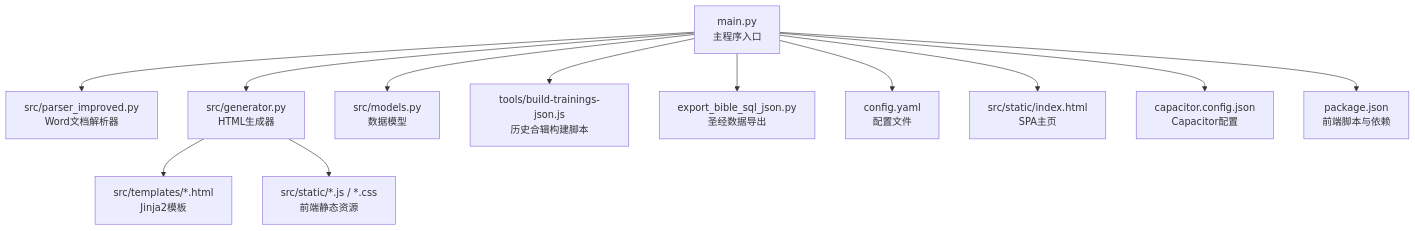
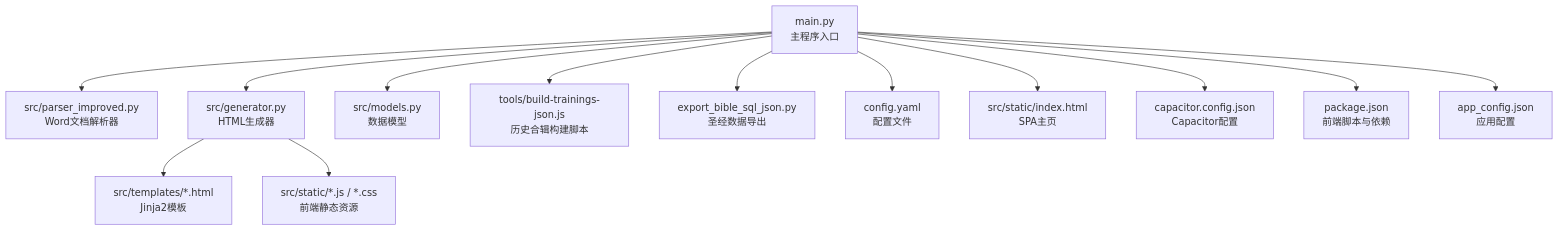
Before and after one commit to zhao-zg/cx: the first of 8 diagrams in .qoder/repowiki/zh/content/项目概述/项目概述.md, drawn with Mermaid. The commit also changed other lines of this file and 36 other files, not shown here.

````diff
--- a/.qoder/repowiki/zh/content/项目概述/项目概述.md
+++ b/.qoder/repowiki/zh/content/项目概述/项目概述.md
@@ -56,14 +61,15 @@
 ```mermaid
 graph TB
 A["main.py<br/>主程序入口"] --> B["src/parser_improved.py<br/>Word文档解析器"]
 A --> C["src/generator.py<br/>HTML生成器"]
 A --> D["src/models.py<br/>数据模型"]
 A --> E["tools/build-trainings-json.js<br/>历史合辑构建脚本"]
 A --> F["export_bible_sql_json.py<br/>圣经数据导出"]
 A --> G["config.yaml<br/>配置文件"]
 C --> H["src/templates/*.html<br/>Jinja2模板"]
 C --> I["src/static/*.js / *.css<br/>前端静态资源"]
 A --> J["src/static/index.html<br/>SPA主页"]
 A --> K["capacitor.config.json<br/>Capacitor配置"]
 A --> L["package.json<br/>前端脚本与依赖"]
+A --> M["app_config.json<br/>应用配置"]
 ```
````
